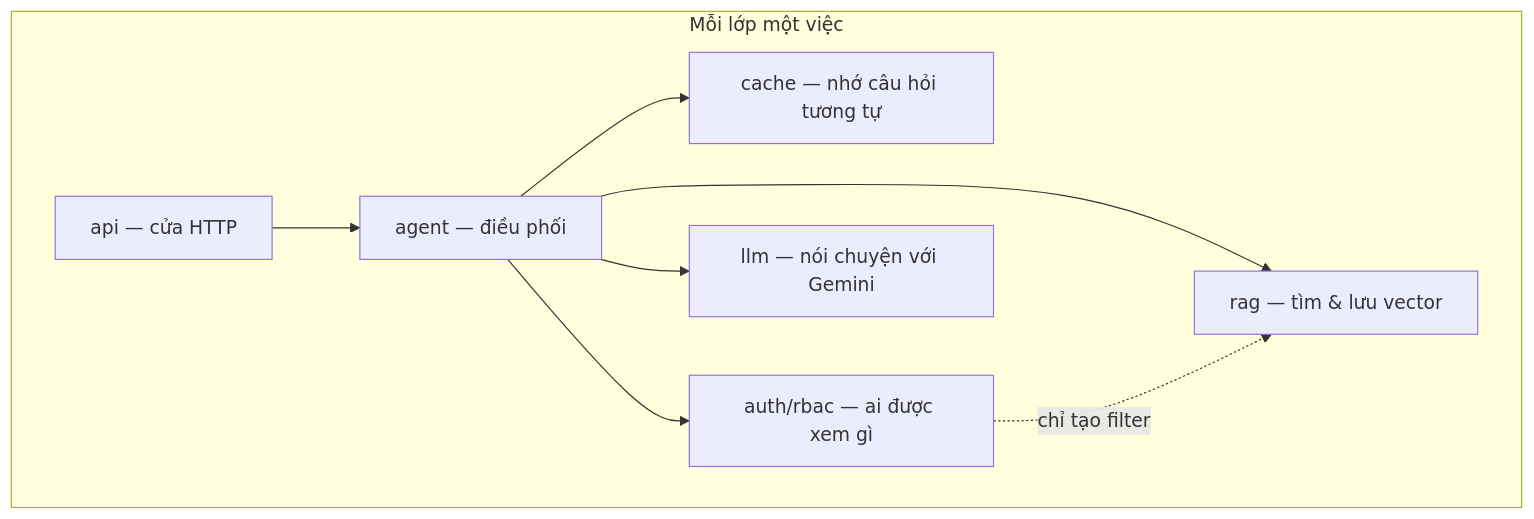
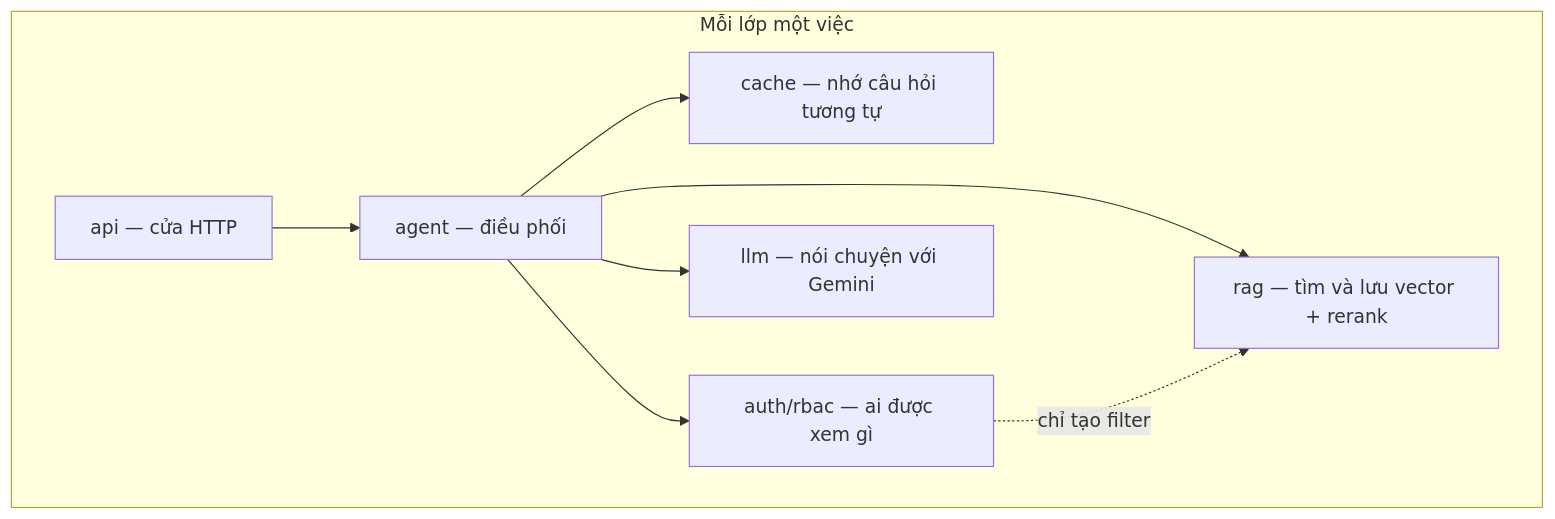
Before and after one commit to ducchungtx/advanced-rag-agent: diagram 11 of 12 in docs/learning-guide.md, drawn with Mermaid. The commit also changed other lines of this file and 1 other file, not shown here.

Commit message:
Enhance architecture and learning documentation, detailing tech stack, system overview, and caching strategies. Update flowcharts to reflect new components and processes for improved clarity.

````diff
--- a/docs/learning-guide.md
+++ b/docs/learning-guide.md
@@ -139,18 +224,18 @@
 ```mermaid
 flowchart TB
     subgraph Đúng["Mỗi lớp một việc"]
         API[api — cửa HTTP]
         AG[agent — điều phối]
-        RAG[rag — tìm & lưu vector]
+        RAG[rag — tìm và lưu vector + rerank]
         CACHE[cache — nhớ câu hỏi tương tự]
         AUTH[auth/rbac — ai được xem gì]
         LLM[llm — nói chuyện với Gemini]
     end
 
     API --> AG
     AG --> RAG
     AG --> CACHE
     AG --> AUTH
     AG --> LLM
     AUTH -.->|chỉ tạo filter| RAG
 ```
````
